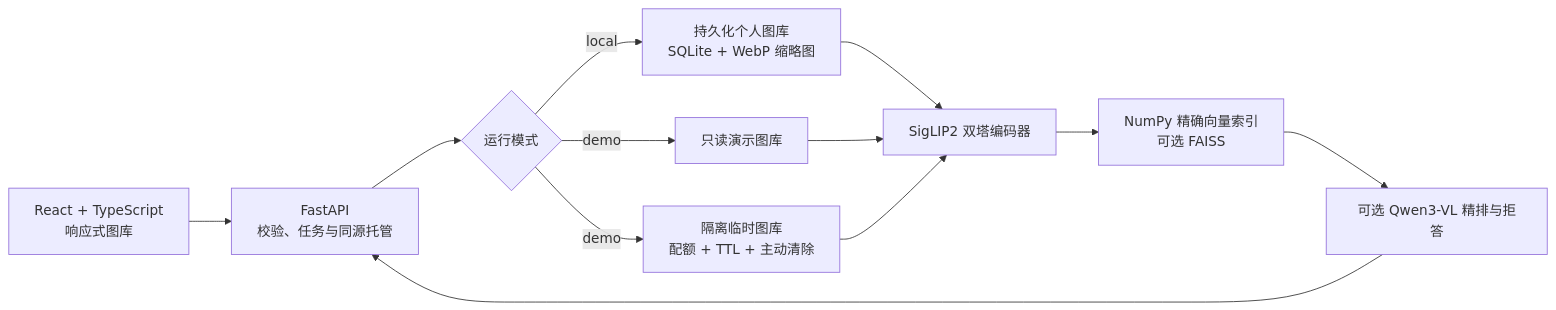
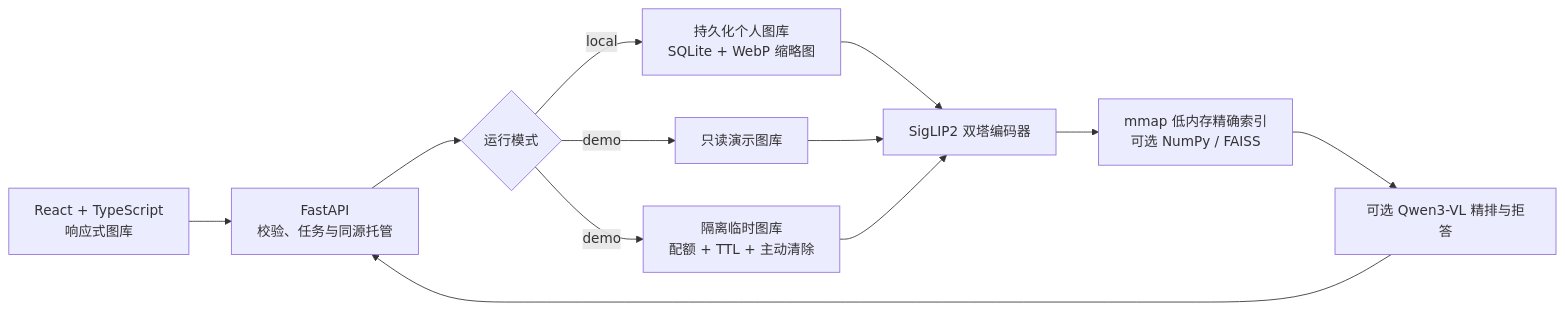
Before and after one commit to joyboy-type/MuseLens: the diagram in README.md, drawn with Mermaid. The commit also changed other lines of this file and 33 other files, not shown here.

````diff
--- a/README.md
+++ b/README.md
@@ -40,14 +40,14 @@
 ```mermaid
 flowchart LR
     UI["React + TypeScript\n响应式图库"] --> API["FastAPI\n校验、任务与同源托管"]
     API --> MODE{"运行模式"}
     MODE -->|local| LIB["持久化个人图库\nSQLite + WebP 缩略图"]
     MODE -->|demo| FIXED["只读演示图库"]
     MODE -->|demo| TEMP["隔离临时图库\n配额 + TTL + 主动清除"]
     LIB --> ENCODER["SigLIP2 双塔编码器"]
     FIXED --> ENCODER
     TEMP --> ENCODER
-    ENCODER --> INDEX["NumPy 精确向量索引\n可选 FAISS"]
+    ENCODER --> INDEX["mmap 低内存精确索引\n可选 NumPy / FAISS"]
     INDEX --> RERANK["可选 Qwen3-VL 精排与拒答"]
     RERANK --> API
 ```
````
